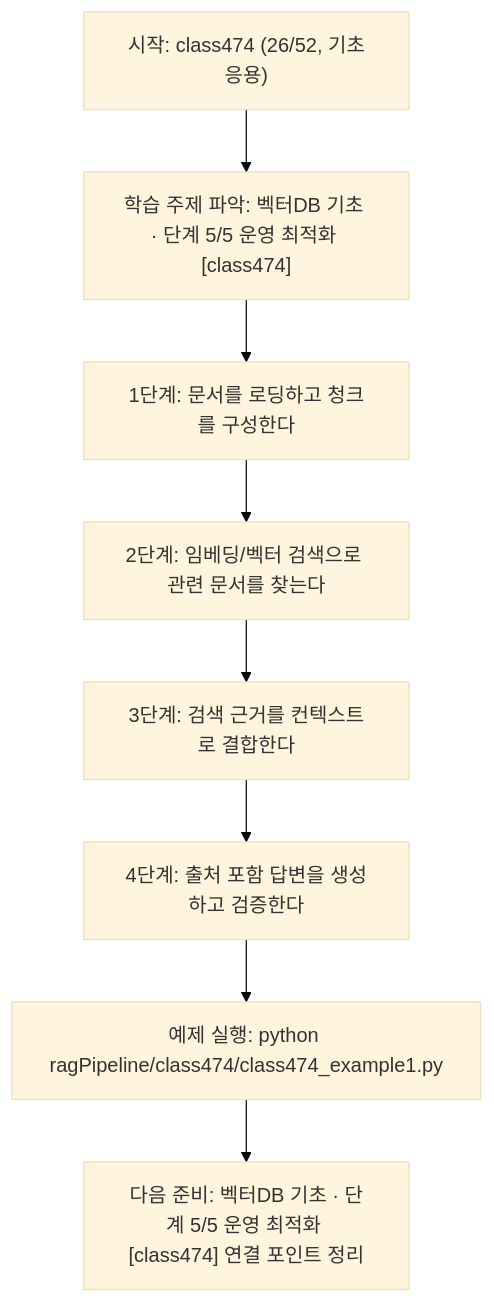
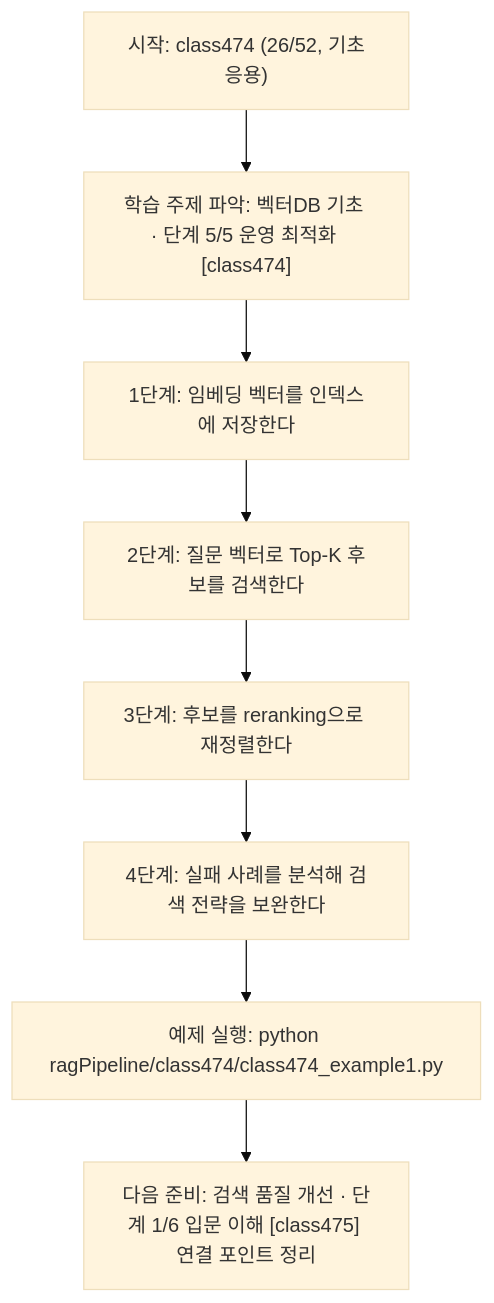
The diagram in ragPipeline/class474/class474.md (edumgt/Python-AI_Agent-Class), drawn with Mermaid (base theme) before and after one commit. The commit also changed other lines of this file and 367 other files, not shown here.

````diff
--- a/ragPipeline/class474/class474.md
+++ b/ragPipeline/class474/class474.md
@@ -111,18 +92,18 @@
 ```mermaid
 flowchart TD
 N1["시작: class474 (26/52, 기초응용)"]
 N2["학습 주제 파악: 벡터DB 기초 · 단계 5/5 운영 최적화 [class474]"]
-N3["1단계: 문서를 로딩하고 청크를 구성한다"]
-N4["2단계: 임베딩/벡터 검색으로 관련 문서를 찾는다"]
-N5["3단계: 검색 근거를 컨텍스트로 결합한다"]
-N6["4단계: 출처 포함 답변을 생성하고 검증한다"]
+N3["1단계: 임베딩 벡터를 인덱스에 저장한다"]
+N4["2단계: 질문 벡터로 Top-K 후보를 검색한다"]
+N5["3단계: 후보를 reranking으로 재정렬한다"]
+N6["4단계: 실패 사례를 분석해 검색 전략을 보완한다"]
 N7["예제 실행: python ragPipeline/class474/class474_example1.py"]
-N8["다음 준비: 벡터DB 기초 · 단계 5/5 운영 최적화 [class474] 연결 포인트 정리"]
+N8["다음 준비: 검색 품질 개선 · 단계 1/6 입문 이해 [class475] 연결 포인트 정리"]
 N1 --> N2
 N2 --> N3
 N3 --> N4
 N4 --> N5
 N5 --> N6
 N6 --> N7
 N7 --> N8
 ```
````
